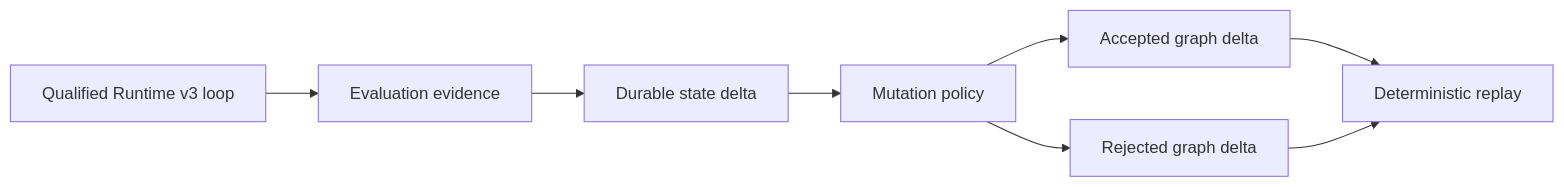
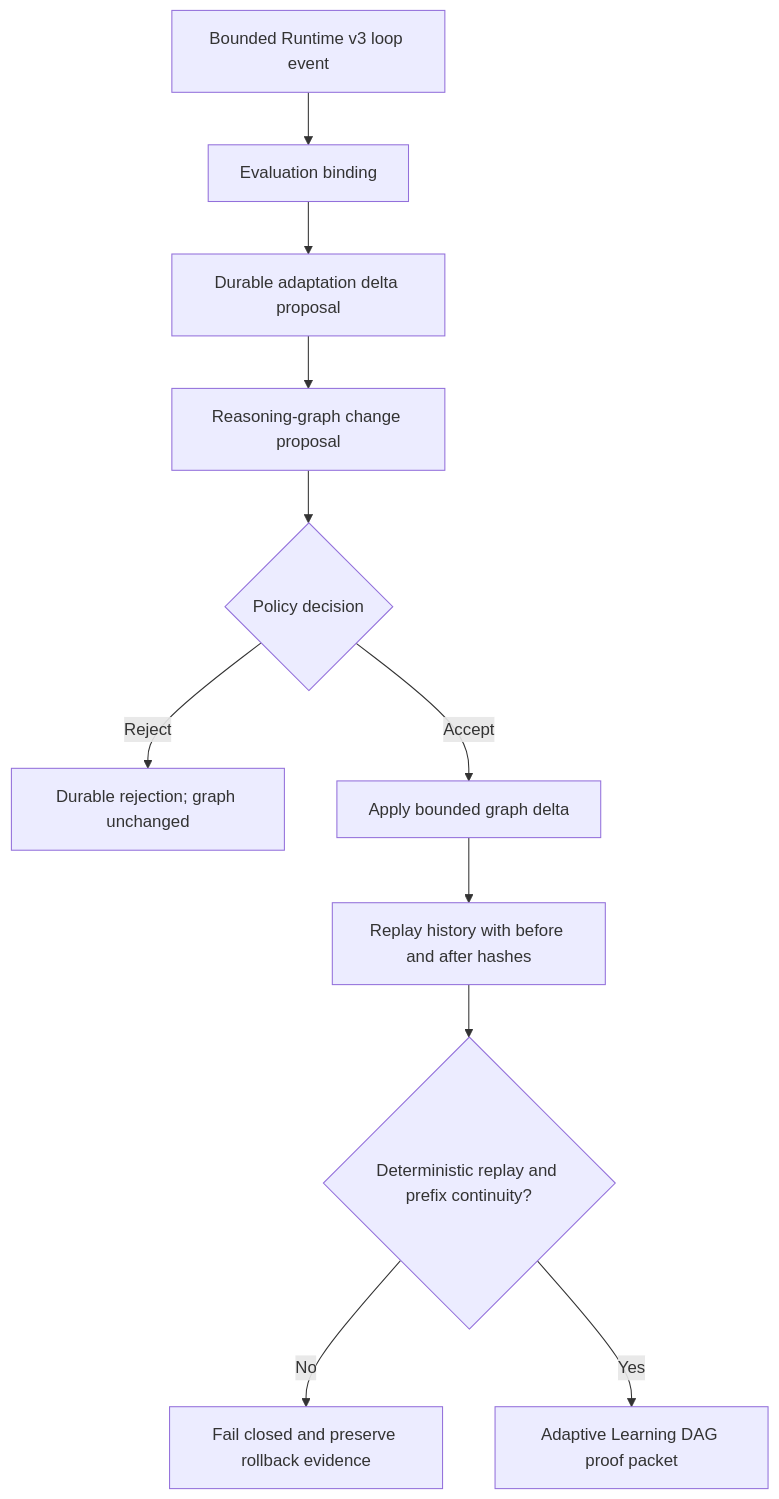
Before and after one commit to danielbaustin/agent-design-language: the diagram in .csdlc/prepared/issues/5831/diagram.mmd, drawn with Mermaid. The commit also changed 98 other files, not shown here.

```diff
--- a/.csdlc/prepared/issues/5831/diagram.mmd
+++ b/.csdlc/prepared/issues/5831/diagram.mmd
@@ -1,8 +1,11 @@
-flowchart LR
-  L["Qualified Runtime v3 loop"] --> E["Evaluation evidence"]
-  E --> S["Durable state delta"]
-  S --> P["Mutation policy"]
-  P --> A["Accepted graph delta"]
-  P --> R["Rejected graph delta"]
-  A --> D["Deterministic replay"]
-  R --> D
+flowchart TD
+  L["Bounded Runtime v3 loop event"] --> E["Evaluation binding"]
+  E --> S["Durable adaptation delta proposal"]
+  S --> G["Reasoning-graph change proposal"]
+  G --> P{"Policy decision"}
+  P -- "Reject" --> R["Durable rejection; graph unchanged"]
+  P -- "Accept" --> A["Apply bounded graph delta"]
+  A --> H["Replay history with before and after hashes"]
+  H --> D{"Deterministic replay and prefix continuity?"}
+  D -- "No" --> X["Fail closed and preserve rollback evidence"]
+  D -- "Yes" --> O["Adaptive Learning DAG proof packet"]
```
